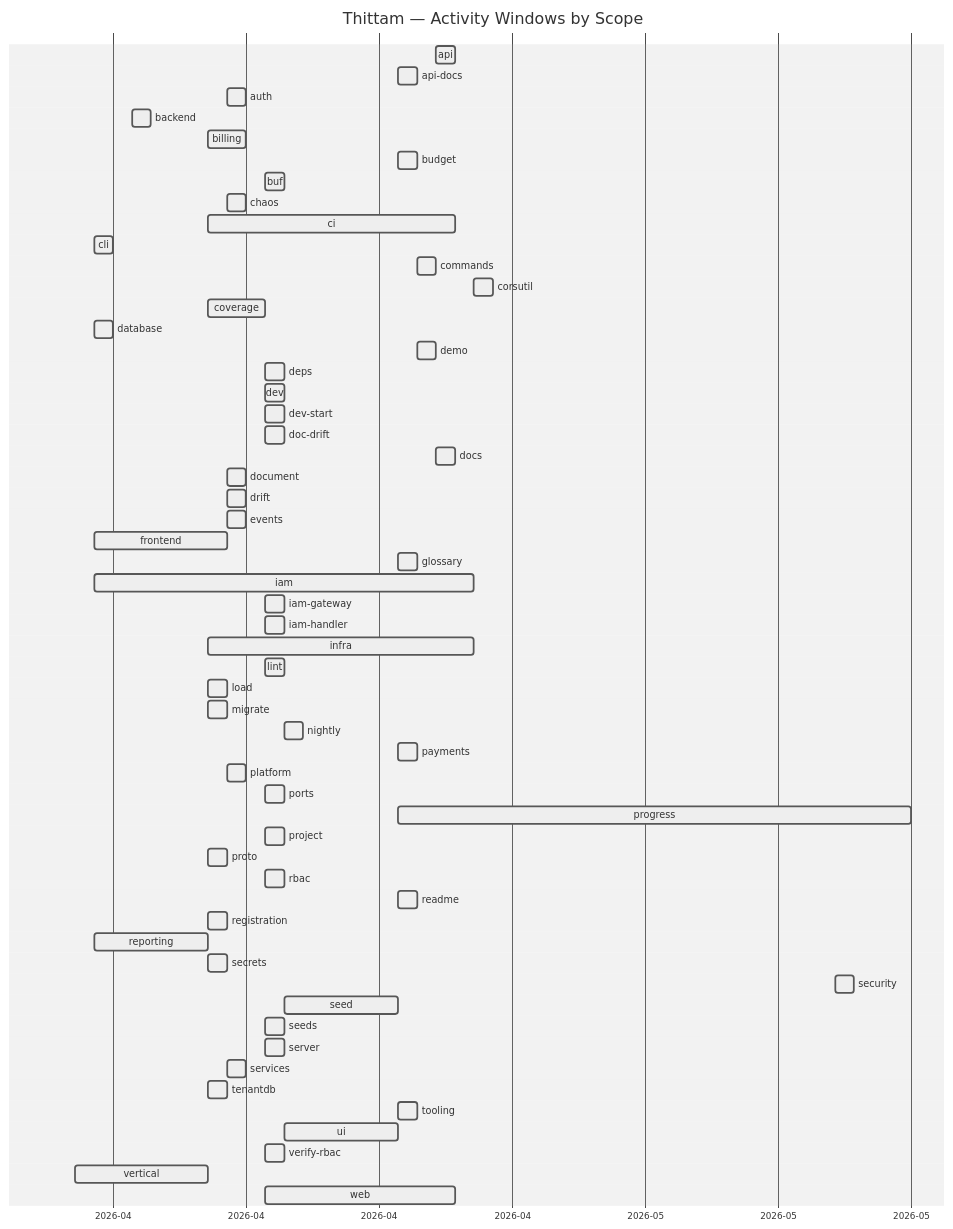
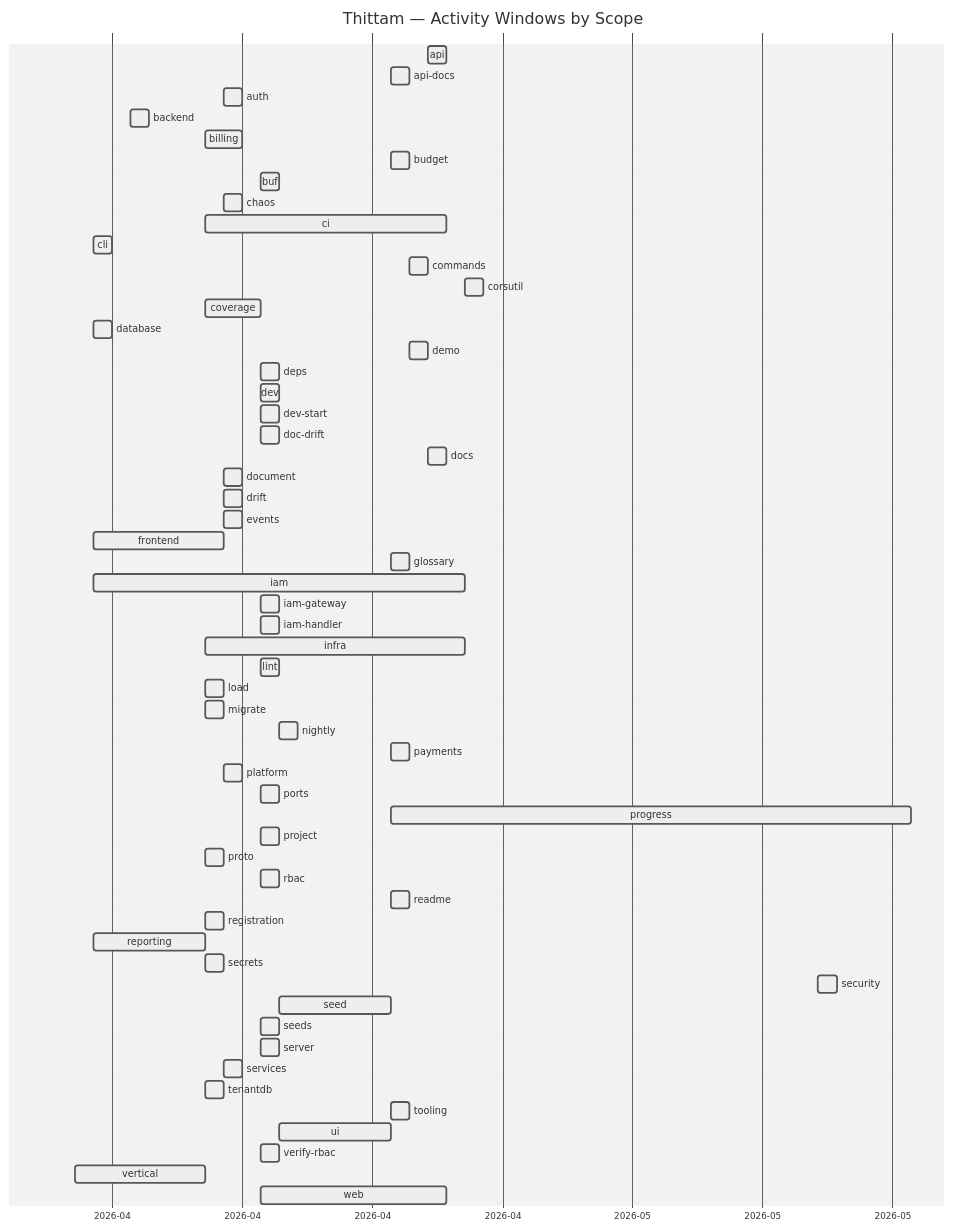
The diagram in docs/PROGRESS.md (wegofwd2020-hub/thittam), drawn with Mermaid (neutral theme) before and after one commit. The commit also changed other lines of this file and 1 other file, not shown here.

Commit message:
chore(progress): nightly update of docs/PROGRESS.md + CSVs

````diff
--- a/docs/PROGRESS.md
+++ b/docs/PROGRESS.md
@@ -9,61 +9,61 @@
 ```mermaid
 gantt
     title Thittam — Activity Windows by Scope
     dateFormat YYYY-MM-DD
     axisFormat %Y-%m
     api                :active, s_api, 2026-04-22, 2026-04-23
     api-docs           :active, s_api_docs, 2026-04-20, 2026-04-21
     auth               :active, s_auth, 2026-04-11, 2026-04-12
     backend            :active, s_backend, 2026-04-06, 2026-04-07
     billing            :active, s_billing, 2026-04-10, 2026-04-12
     budget             :active, s_budget, 2026-04-20, 2026-04-21
     buf                :active, s_buf, 2026-04-13, 2026-04-14
     chaos              :active, s_chaos, 2026-04-11, 2026-04-12
     ci                 :active, s_ci, 2026-04-10, 2026-04-23
     cli                :active, s_cli, 2026-04-04, 2026-04-05
     commands           :active, s_commands, 2026-04-21, 2026-04-22
     corsutil           :active, s_corsutil, 2026-04-24, 2026-04-25
     coverage           :active, s_coverage, 2026-04-10, 2026-04-13
     database           :active, s_database, 2026-04-04, 2026-04-05
     demo               :active, s_demo, 2026-04-21, 2026-04-22
     deps               :active, s_deps, 2026-04-13, 2026-04-14
     dev                :active, s_dev, 2026-04-13, 2026-04-14
     dev-start          :active, s_dev_start, 2026-04-13, 2026-04-14
     doc-drift          :active, s_doc_drift, 2026-04-13, 2026-04-14
     docs               :active, s_docs, 2026-04-22, 2026-04-23
     document           :active, s_document, 2026-04-11, 2026-04-12
     drift              :active, s_drift, 2026-04-11, 2026-04-12
     events             :active, s_events, 2026-04-11, 2026-04-12
     frontend           :active, s_frontend, 2026-04-04, 2026-04-11
     glossary           :active, s_glossary, 2026-04-20, 2026-04-21
     iam                :active, s_iam, 2026-04-04, 2026-04-24
     iam-gateway        :active, s_iam_gateway, 2026-04-13, 2026-04-14
     iam-handler        :active, s_iam_handler, 2026-04-13, 2026-04-14
     infra              :active, s_infra, 2026-04-10, 2026-04-24
     lint               :active, s_lint, 2026-04-13, 2026-04-14
     load               :active, s_load, 2026-04-10, 2026-04-11
     migrate            :active, s_migrate, 2026-04-10, 2026-04-11
     nightly            :active, s_nightly, 2026-04-14, 2026-04-15
     payments           :active, s_payments, 2026-04-20, 2026-04-21
     platform           :active, s_platform, 2026-04-11, 2026-04-12
     ports              :active, s_ports, 2026-04-13, 2026-04-14
-    progress           :active, s_progress, 2026-04-20, 2026-05-17
+    progress           :active, s_progress, 2026-04-20, 2026-05-18
     project            :active, s_project, 2026-04-13, 2026-04-14
     proto              :active, s_proto, 2026-04-10, 2026-04-11
     rbac               :active, s_rbac, 2026-04-13, 2026-04-14
     readme             :active, s_readme, 2026-04-20, 2026-04-21
     registration       :active, s_registration, 2026-04-10, 2026-04-11
     reporting          :active, s_reporting, 2026-04-04, 2026-04-10
     secrets            :active, s_secrets, 2026-04-10, 2026-04-11
     security           :active, s_security, 2026-05-13, 2026-05-14
     seed               :active, s_seed, 2026-04-14, 2026-04-20
     seeds              :active, s_seeds, 2026-04-13, 2026-04-14
     server             :active, s_server, 2026-04-13, 2026-04-14
     services           :active, s_services, 2026-04-11, 2026-04-12
     tenantdb           :active, s_tenantdb, 2026-04-10, 2026-04-11
     tooling            :active, s_tooling, 2026-04-20, 2026-04-21
     ui                 :active, s_ui, 2026-04-14, 2026-04-20
     verify-rbac        :active, s_verify_rbac, 2026-04-13, 2026-04-14
     vertical           :active, s_vertical, 2026-04-03, 2026-04-10
     web                :active, s_web, 2026-04-13, 2026-04-23
 ```
````
